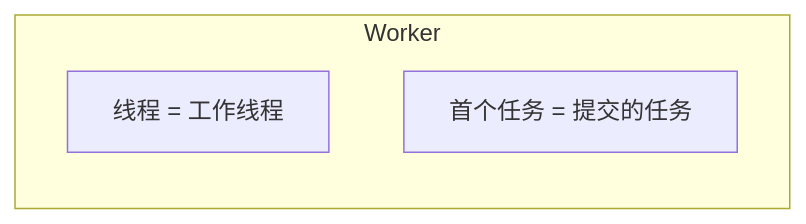
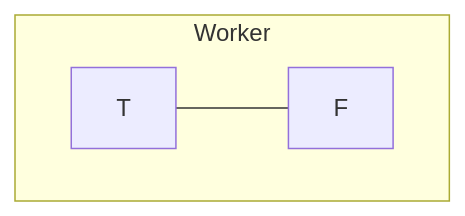
The diagram in images/Java-concurrency/IMG-20260707-000063.mmd (rebibabo/rebibabo.github.io), drawn with Mermaid before and after one commit. The commit also changed 304 other files, not shown here.

```diff
--- a/images/Java-concurrency/IMG-20260707-000063.mmd
+++ b/images/Java-concurrency/IMG-20260707-000063.mmd
@@ -1,5 +1,5 @@
 graph LR
     subgraph Worker
-        T["线程 = 工作线程"]
-        F["首个任务 = 提交的任务"]
+        direction LR
+    T --- F
     end
```
